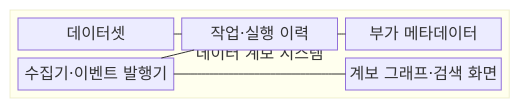
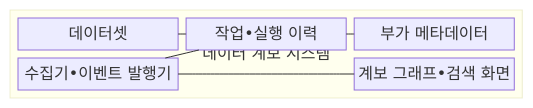
The first of 2 diagrams in src/content/docs/notes/03-software/134_data_lineage.md (agnusdei1207/knowledge-base), drawn with Mermaid before and after one commit. The commit also changed other lines of this file and 953 other files, not shown here.

````diff
--- a/src/content/docs/notes/03-software/134_data_lineage.md
+++ b/src/content/docs/notes/03-software/134_data_lineage.md
@@ -69,17 +69,17 @@
 ```mermaid
 block
     columns 1
     block:LINEAGE["데이터 계보 시스템"]
         columns 3
         A["데이터셋"]
-        B["작업·실행 이력"]
+        B["작업•실행 이력"]
         C["부가 메타데이터"]
-        D["수집기·이벤트 발행기"]
+        D["수집기•이벤트 발행기"]
         space
-        E["계보 그래프·검색 화면"]
+        E["계보 그래프•검색 화면"]
     end
     A --- B
     B --- C
     B --- D
     D --- E
 ```
````
